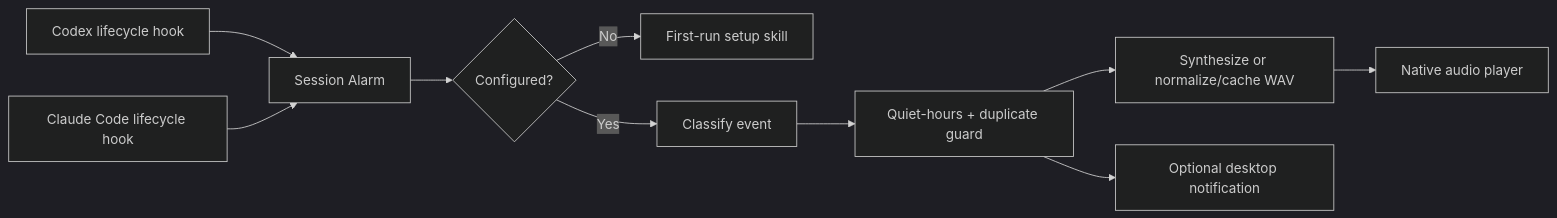
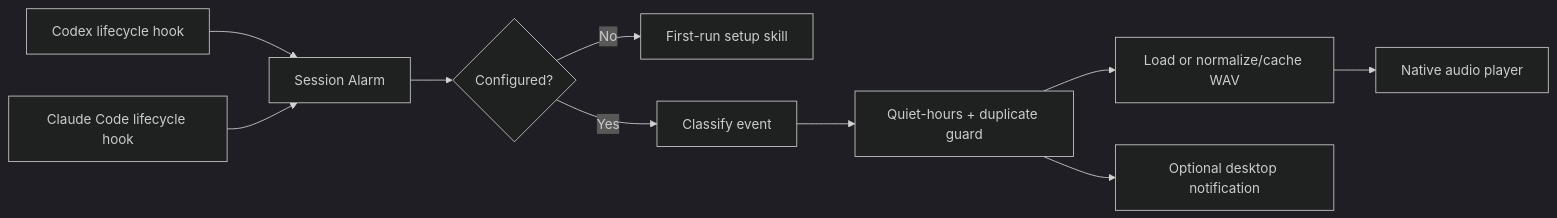
One commit to djfksjd/session-alarm changed the diagram in README.md. Above: the diagram before and after it, drawn with Mermaid (dark theme). The commit also changed other lines of this file and 60 other files, not shown here.

````diff
--- a/README.md
+++ b/README.md
@@ -167,12 +173,12 @@
 ```mermaid
 flowchart LR
     A[Codex lifecycle hook] --> C[Session Alarm]
     B[Claude Code lifecycle hook] --> C
     C --> D{Configured?}
     D -- No --> E[First-run setup skill]
     D -- Yes --> F[Classify event]
     F --> G[Quiet-hours + duplicate guard]
-    G --> H[Synthesize or normalize/cache WAV]
+    G --> H[Load or normalize/cache WAV]
     H --> I[Native audio player]
     G --> J[Optional desktop notification]
 ```
````
